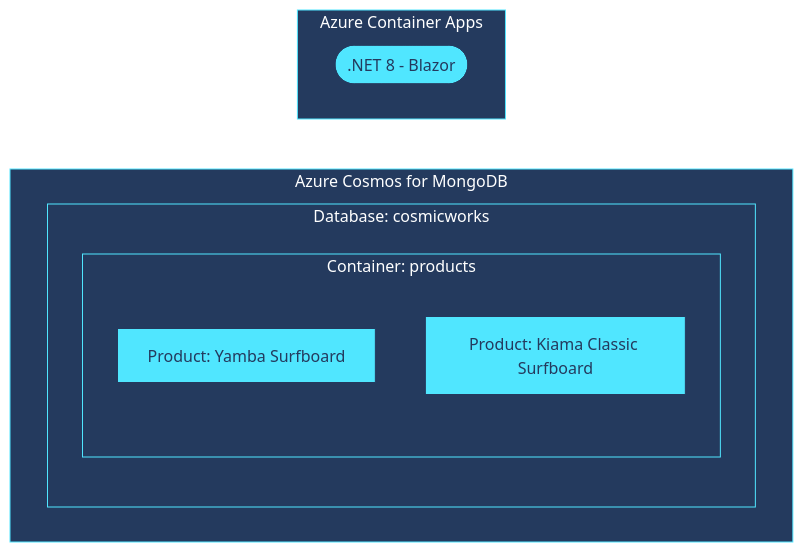
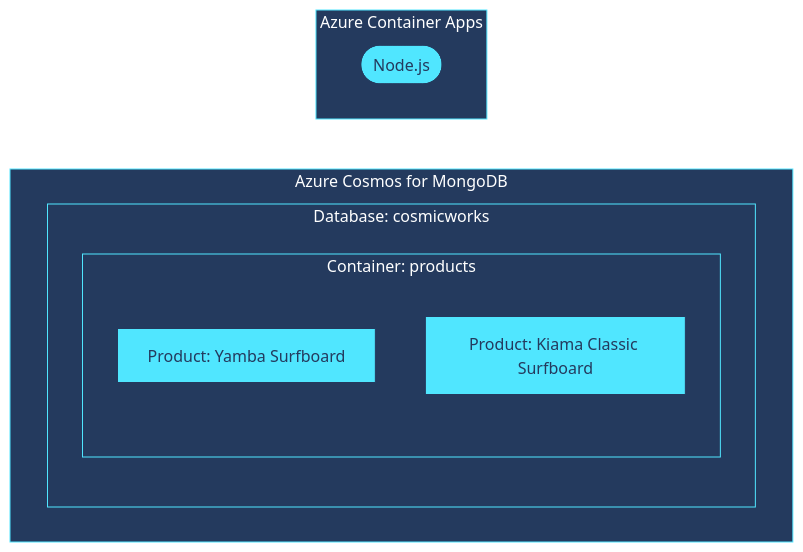
One commit to alexwolfmsft/cosmos-db-mongodb-nodejs-quickstart changed the diagram in README.md. Above: the diagram before and after it, drawn with Mermaid. The commit also changed other lines of this file and 1 other file, not shown here.

````diff
--- a/README.md
+++ b/README.md
@@ -51,16 +51,16 @@
 ```mermaid
 %%{ init: { 'theme': 'base', 'themeVariables': { 'background': '#243A5E', 'primaryColor': '#50E6FF', 'primaryBorderColor': '#243A5E', 'tertiaryBorderColor': '#50E6FF', 'tertiaryColor': '#243A5E', 'fontFamily': 'Segoe UI', 'lineColor': '#FFFFFF', 'primaryTextColor': '#243A5E', 'tertiaryTextColor': '#FFFFFF' } }}%%
 flowchart TB
     subgraph web-app[Azure Container Apps]
-        app-framework([.NET 8 - Blazor])
+        app-framework([Node.js])
     end
     subgraph cosmos-db[Azure Cosmos for MongoDB]
         subgraph database-cosmicworks[Database: cosmicworks]
             subgraph container-products[Container: products]
                 prd-yamba[Product: Yamba Surfboard]
                 prd-kiama-classic[Product: Kiama Classic Surfboard]
             end
         end
     end
     web-app --> cosmos-db
 ```
````
